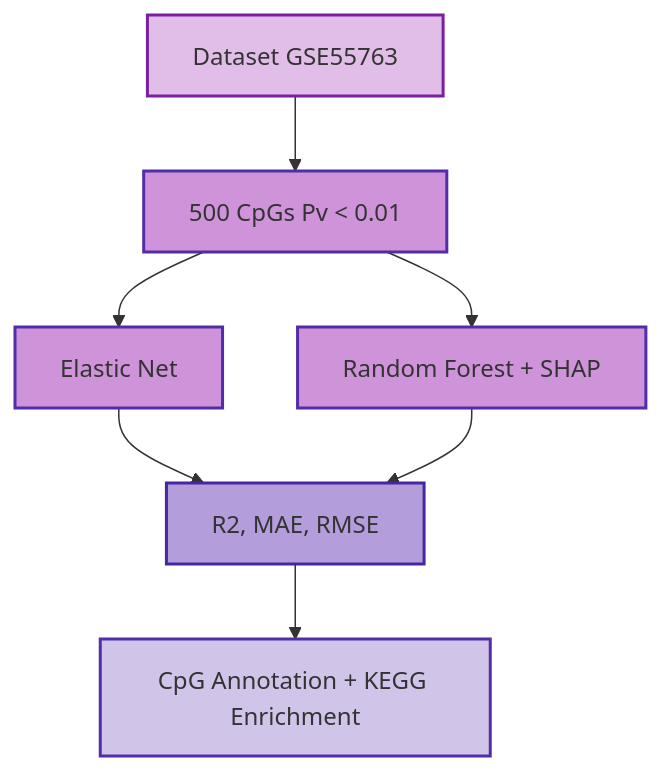
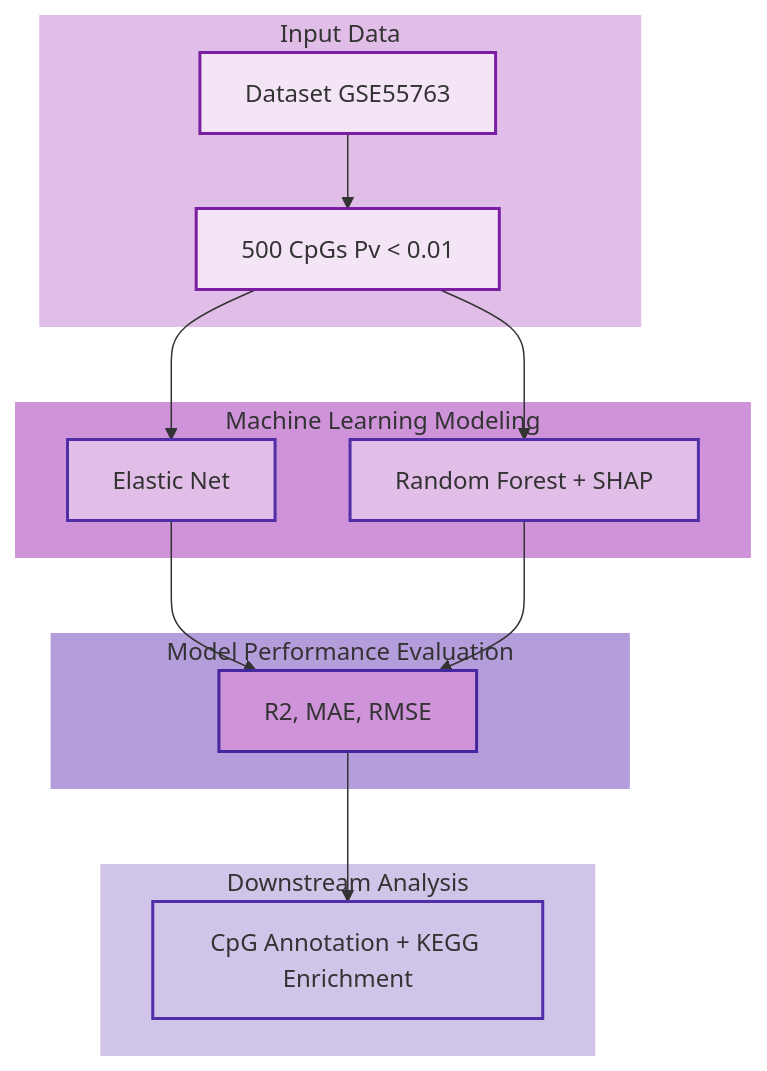
One commit to Magal88/BINF7700_Capstone_Eisik_Magali changed the diagram in README.md. Above: the diagram before and after it, drawn with Mermaid.

````diff
--- a/README.md
+++ b/README.md
@@ -10,28 +10,43 @@
 ```mermaid
 flowchart TD
     %% Input
-    A[Dataset GSE55763] --> B[500 CpGs Pv &lt; 0.01]
+    subgraph InputSection [Input Data]
+        A[Dataset GSE55763]
+        B[500 CpGs Pv &lt; 0.01]
+        A --> B
+    end
 
     %% Machine Learning Modeling
-    C[Elastic Net] 
-    D[Random Forest + SHAP]
-    B --> C
-    B --> D
+    subgraph MLSection [Machine Learning Modeling]
+        C[Elastic Net]
+        D[Random Forest + SHAP]
+        B --> C
+        B --> D
+    end
 
     %% Model Performance Evaluation
-    E[R2, MAE, RMSE]
-    C --> E
-    D --> E
+    subgraph EvalSection [Model Performance Evaluation]
+        E[R2, MAE, RMSE]
+        C --> E
+        D --> E
+    end
 
     %% Downstream Analysis
-    F[CpG Annotation + KEGG Enrichment]
-    E --> F
+    subgraph DownstreamSection [Downstream Analysis]
+        F[CpG Annotation + KEGG Enrichment]
+        E --> F
+    end
 
     %% Styles
-    style A fill:#e1bee7,stroke:#7b1fa2,stroke-width:2px
-    style B fill:#ce93d8,stroke:#512da8,stroke-width:2px
-    style C fill:#ce93d8,stroke:#512da8,stroke-width:2px
-    style D fill:#ce93d8,stroke:#512da8,stroke-width:2px
-    style E fill:#b39ddb,stroke:#4527a0,stroke-width:2px
+    style InputSection fill:#e1bee7,stroke:#7b1fa2,stroke-width:0px
+    style MLSection fill:#ce93d8,stroke:#512da8,stroke-width:0px
+    style EvalSection fill:#b39ddb,stroke:#4527a0,stroke-width:0px
+    style DownstreamSection fill:#d1c4e9,stroke:#512da8,stroke-width:0px
+
+    style A fill:#f3e5f5,stroke:#7b1fa2,stroke-width:2px
+    style B fill:#f3e5f5,stroke:#7b1fa2,stroke-width:2px
+    style C fill:#e1bee7,stroke:#512da8,stroke-width:2px
+    style D fill:#e1bee7,stroke:#512da8,stroke-width:2px
+    style E fill:#ce93d8,stroke:#4527a0,stroke-width:2px
     style F fill:#d1c4e9,stroke:#512da8,stroke-width:2px
 ```
````
